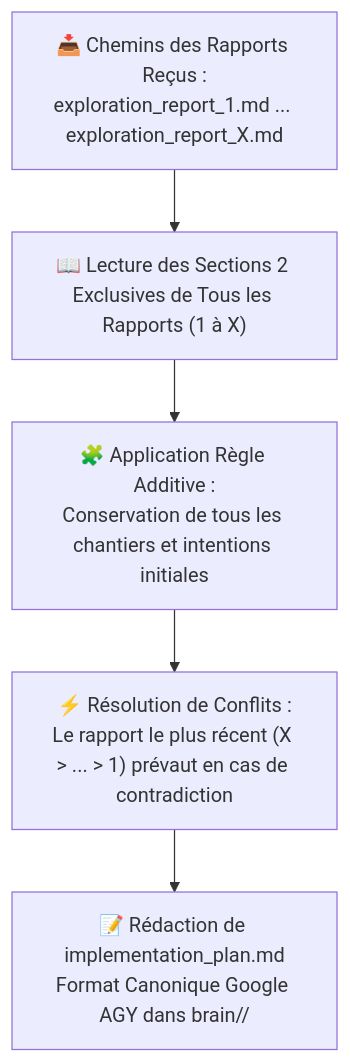
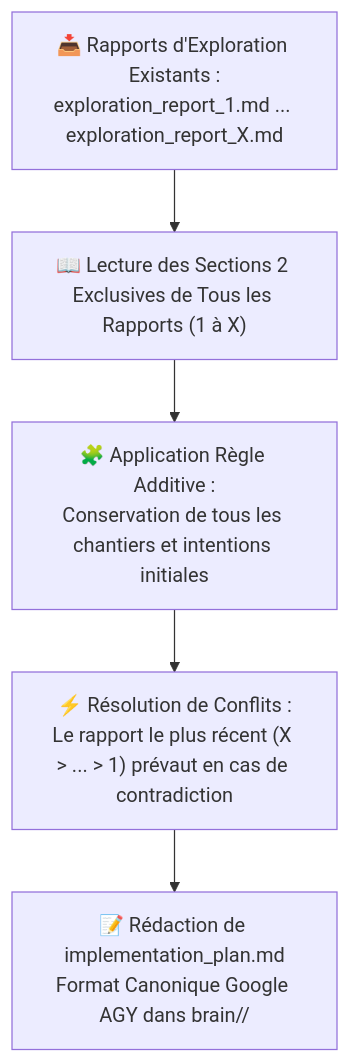
The first of 2 diagrams in src/skills/build/SKILL.md (hjamet/cursor-memory-bank), drawn with Mermaid before and after one commit. The commit also changed other lines of this file and 2 other files, not shown here.

Commit message:
docs(workflow): switch to 2-level direct architecture without intermediate leads for scout and build

````diff
--- a/src/skills/build/SKILL.md
+++ b/src/skills/build/SKILL.md
@@ -49,7 +44,7 @@
 ```mermaid
 flowchart TD
-    INPUT["📥 Chemins des Rapports Reçus :<br/>exploration_report_1.md ... exploration_report_X.md"] --> READ["📖 Lecture des Sections 2 Exclusives de Tous les Rapports (1 à X)"]
+    INPUT["📥 Rapports d'Exploration Existants :<br/>exploration_report_1.md ... exploration_report_X.md"] --> READ["📖 Lecture des Sections 2 Exclusives de Tous les Rapports (1 à X)"]
     READ --> ADDITIVE["🧩 Application Règle Additive :<br/>Conservation de tous les chantiers et intentions initiales"]
     ADDITIVE --> RESOLVE["⚡ Résolution de Conflits :<br/>Le rapport le plus récent (X > ... > 1) prévaut en cas de contradiction"]
-    RESOLVE --> PLAN["📝 Rédaction de implementation_plan.md<br/>Format Canonique Google AGY dans brain/<build-lead-id>/"]
+    RESOLVE --> PLAN["📝 Rédaction de implementation_plan.md<br/>Format Canonique Google AGY dans brain/<conversation-id>/"]
 ```
````
